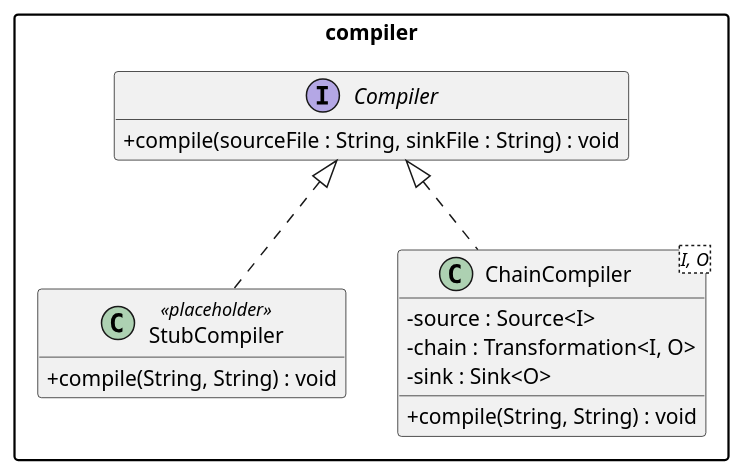
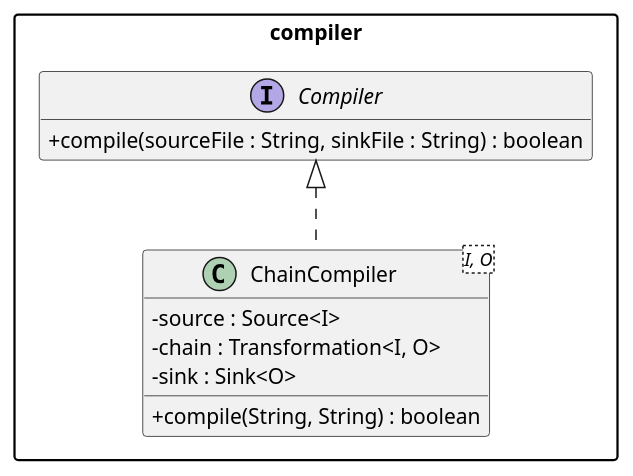
The first of 3 diagrams in docs/design/compiler.md (jpipe-mcscert/jpipe-compiler), drawn with PlantUML before and after one commit. The commit also changed other lines of this file and 1 other file, not shown here.

First line of the commit message:
chore: remove StubCompiler and update design doc

````diff
--- a/docs/design/compiler.md
+++ b/docs/design/compiler.md
@@ -25,30 +21,25 @@
 ```plantuml
 @startuml compiler
 
 skinparam packageStyle rectangle
 skinparam classAttributeIconSize 0
 hide empty members
 
 package "compiler" {
 
   interface Compiler {
-    + compile(sourceFile : String, sinkFile : String) : void
-  }
-
-  class StubCompiler <<placeholder>> {
-    + compile(String, String) : void
+    + compile(sourceFile : String, sinkFile : String) : boolean
   }
 
   class ChainCompiler<I, O> {
     - source : Source<I>
     - chain : Transformation<I, O>
     - sink : Sink<O>
-    + compile(String, String) : void
+    + compile(String, String) : boolean
   }
 
-  Compiler <|.. StubCompiler
   Compiler <|.. ChainCompiler
 }
 
 @enduml
 ```
````
